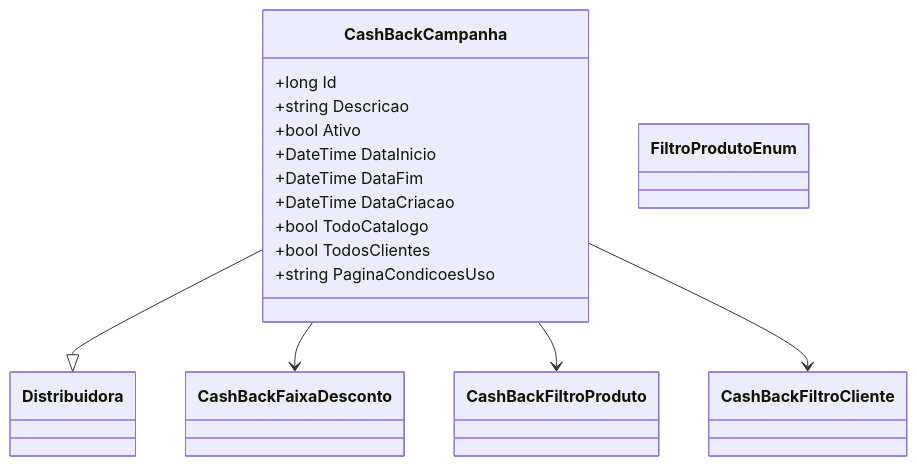
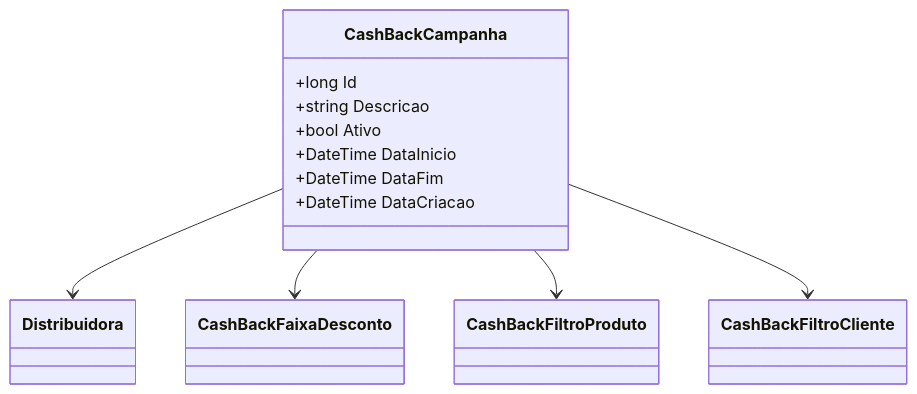
Before and after one commit to IsthmusSistemas/documentacao-tecnica: the second of 2 diagrams in docs/b2b-dominio/IsthmusWinthor.Nucleo/IsthmusWinthor.Dominio/Entidades/CashBackCampanha.md, drawn with Mermaid. The commit also changed other lines of this file and 882 other files, not shown here.

````diff
--- a/docs/b2b-dominio/IsthmusWinthor.Nucleo/IsthmusWinthor.Dominio/Entidades/CashBackCampanha.md
+++ b/docs/b2b-dominio/IsthmusWinthor.Nucleo/IsthmusWinthor.Dominio/Entidades/CashBackCampanha.md
@@ -63,24 +66,19 @@
 ```mermaid
 classDiagram
     class CashBackCampanha {
         +long Id
         +string Descricao
         +bool Ativo
         +DateTime DataInicio
         +DateTime DataFim
         +DateTime DataCriacao
-        +bool TodoCatalogo
-        +bool TodosClientes
-        +string PaginaCondicoesUso
     }
     class Distribuidora
     class CashBackFaixaDesconto
     class CashBackFiltroProduto
     class CashBackFiltroCliente
-    class FiltroProdutoEnum
-
-    CashBackCampanha --|> Distribuidora
+    CashBackCampanha --> Distribuidora
     CashBackCampanha --> CashBackFaixaDesconto
     CashBackCampanha --> CashBackFiltroProduto
     CashBackCampanha --> CashBackFiltroCliente
 ```
````
